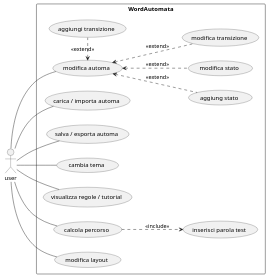
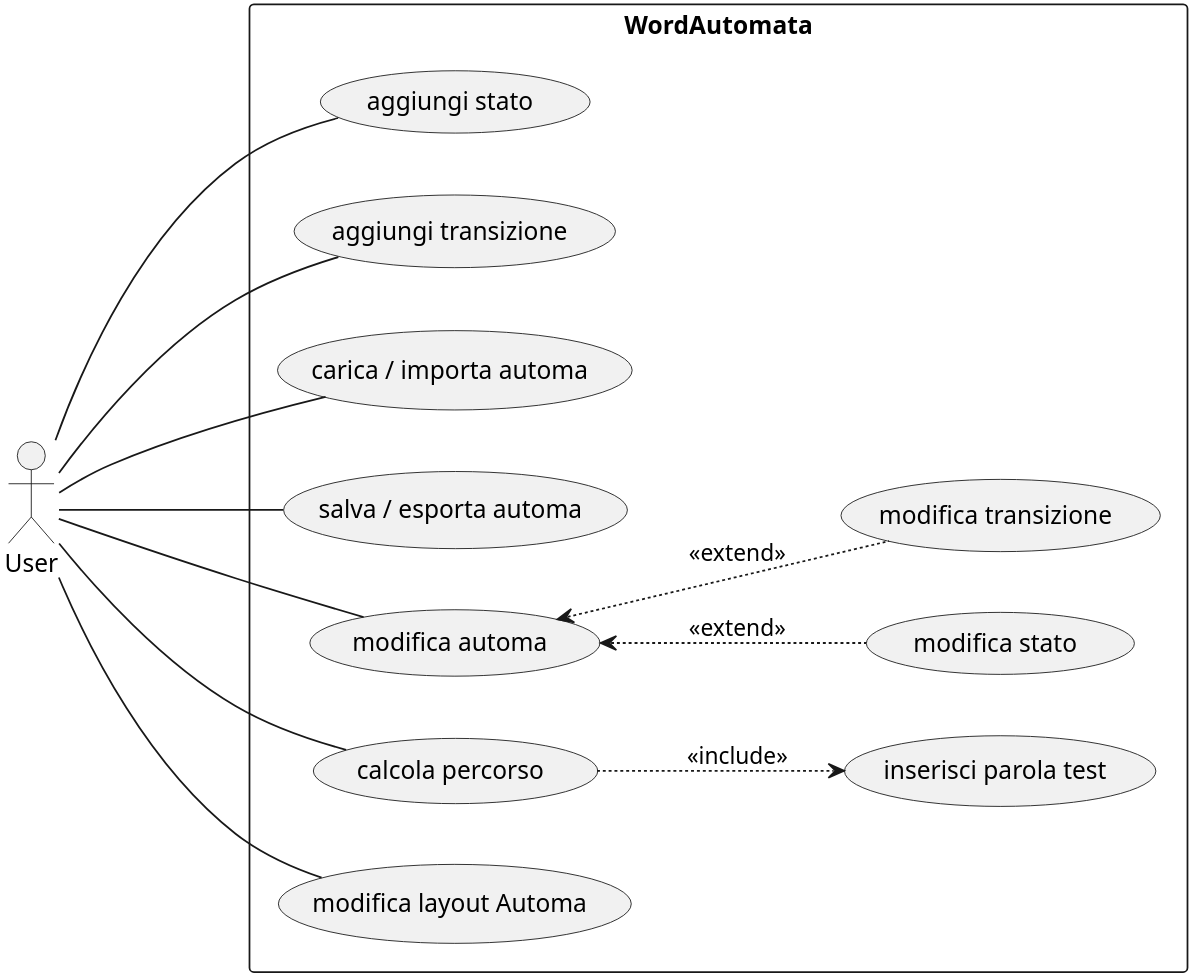
The diagram in plantUML/UseCase.puml (ZenoBogoni/Word-Automata), drawn with PlantUML before and after one commit. The commit also changed 11 other files, not shown here.

```diff
--- a/plantUML/UseCase.puml
+++ b/plantUML/UseCase.puml
@@ -1,28 +1,30 @@
 @startuml
+skinparam dpi 400
 left to right direction
 skinparam packageStyle rectangle
-actor user
+actor User
 rectangle WordAutomata {
-    usecase "aggiung stato" as UCVAdd
+    usecase "aggiungi stato" as UCVAdd
     usecase "aggiungi transizione" as UCEAdd
-    user -- (carica / importa automa)
-    user -- (salva / esporta automa) 
-    user -- (cambia tema)
-    user -- (visualizza regole / tutorial)
+    User -- (carica / importa automa)
+    User -- (salva / esporta automa) 
     usecase "modifica automa" as UCMod
     usecase "modifica stato" as UCVMod
     usecase "modifica transizione" as UCEMod
     usecase "inserisci parola test" as UCTW
     usecase "calcola percorso" as UCCP
-    usecase "modifica layout" as UCLMod
+    usecase "modifica layout Automa" as UCLMod
 }
-user -- UCMod
-user -- UCCP
-user -- UCLMod
+
+User -- UCCP
+User -- UCLMod
+User --- UCMod 
+User -- UCVAdd
+User -- UCEAdd
+
 UCMod <-. UCVMod : <<extend>>
 UCMod <-. UCEMod : <<extend>>
-UCMod <-. UCVAdd : <<extend>>
-UCMod <. UCEAdd : <<extend>>
 UCCP .-> UCTW : <<include>>
 
+
 @enduml
```
